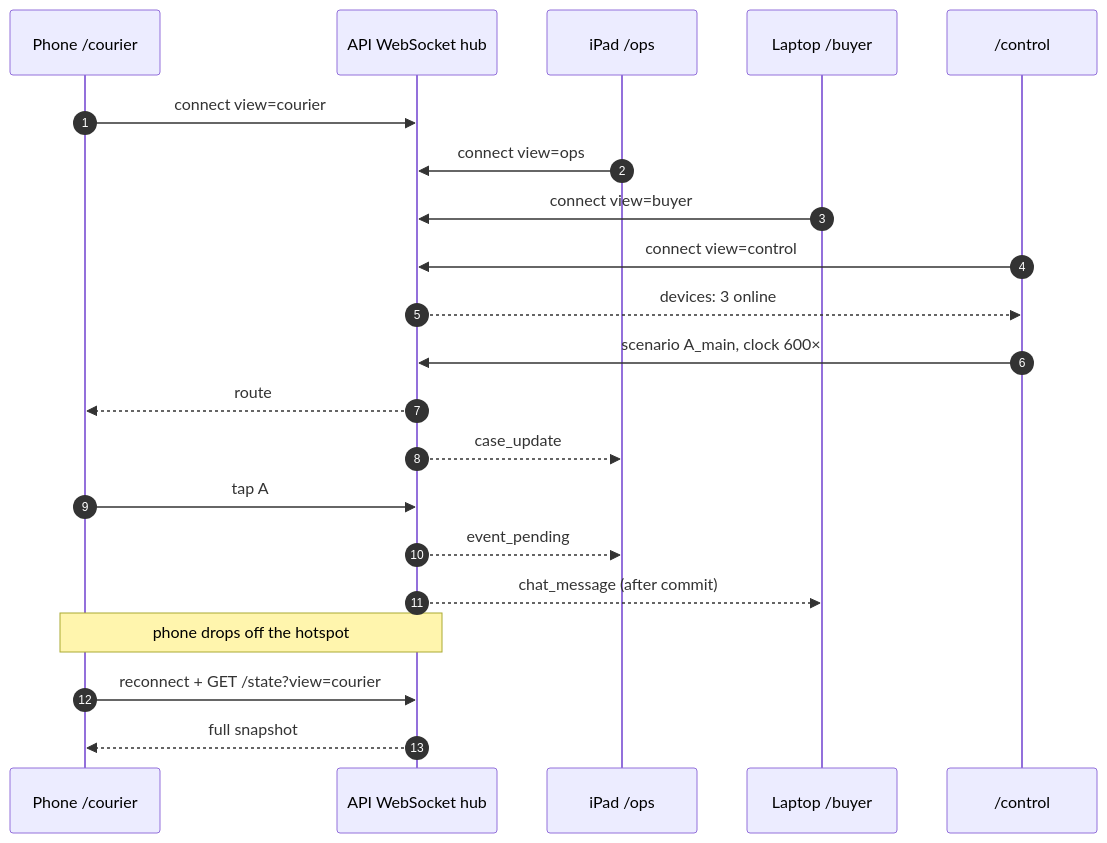
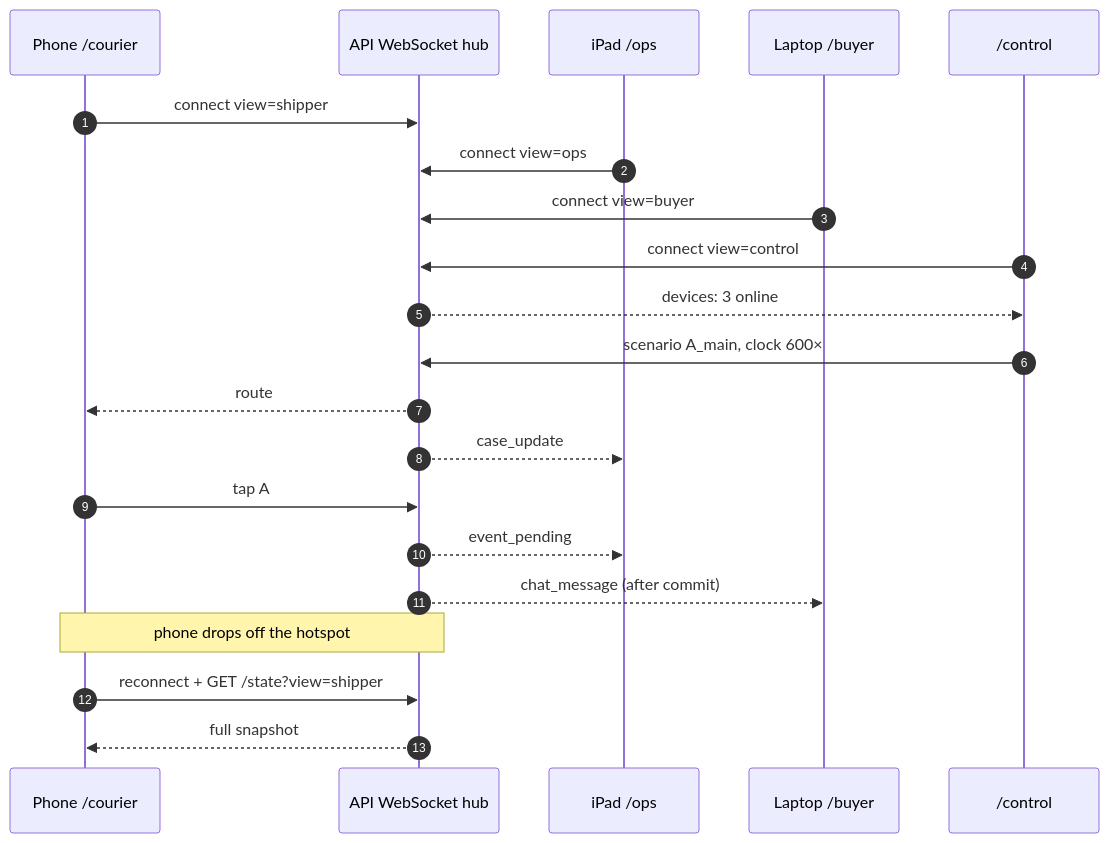
One commit to BennedictQuanTon/Alodi-Regional-Codex-Hackathon-2026 changed diagram 11 of 18 in prep/02-technical/PRD.md. Above: the diagram before and after it, drawn with Mermaid. The commit also changed other lines of this file and 84 other files, not shown here.

````diff
--- a/prep/02-technical/PRD.md
+++ b/prep/02-technical/PRD.md
@@ -1341,24 +1341,24 @@
 ```mermaid
 sequenceDiagram
   autonumber
   participant P as Phone /courier
   participant WS as API WebSocket hub
   participant I as iPad /ops
   participant L as Laptop /buyer
   participant K as /control
 
-  P->>WS: connect view=courier
+  P->>WS: connect view=shipper
   I->>WS: connect view=ops
   L->>WS: connect view=buyer
   K->>WS: connect view=control
   WS-->>K: devices: 3 online
   K->>WS: scenario A_main, clock 600×
   WS-->>P: route
   WS-->>I: case_update
   P->>WS: tap A
   WS-->>I: event_pending
   WS-->>L: chat_message (after commit)
   Note over P,WS: phone drops off the hotspot
-  P->>WS: reconnect + GET /state?view=courier
+  P->>WS: reconnect + GET /state?view=shipper
   WS-->>P: full snapshot
 ```
````
